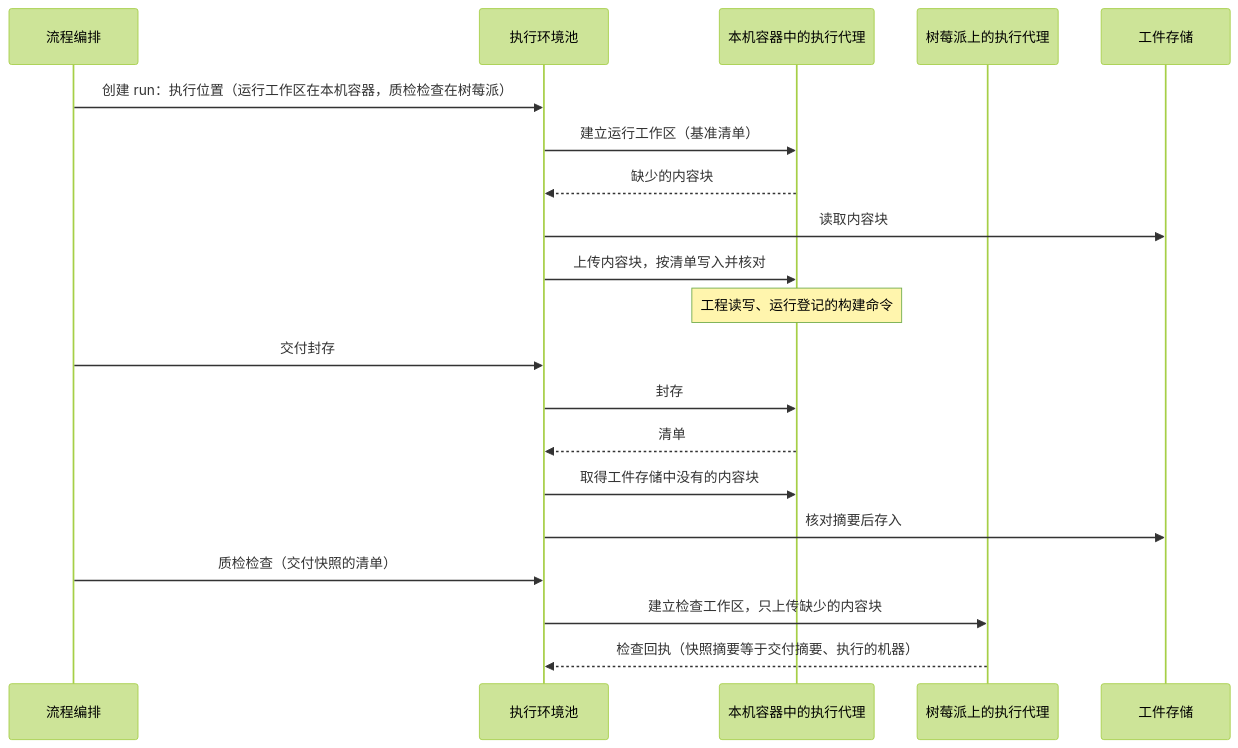
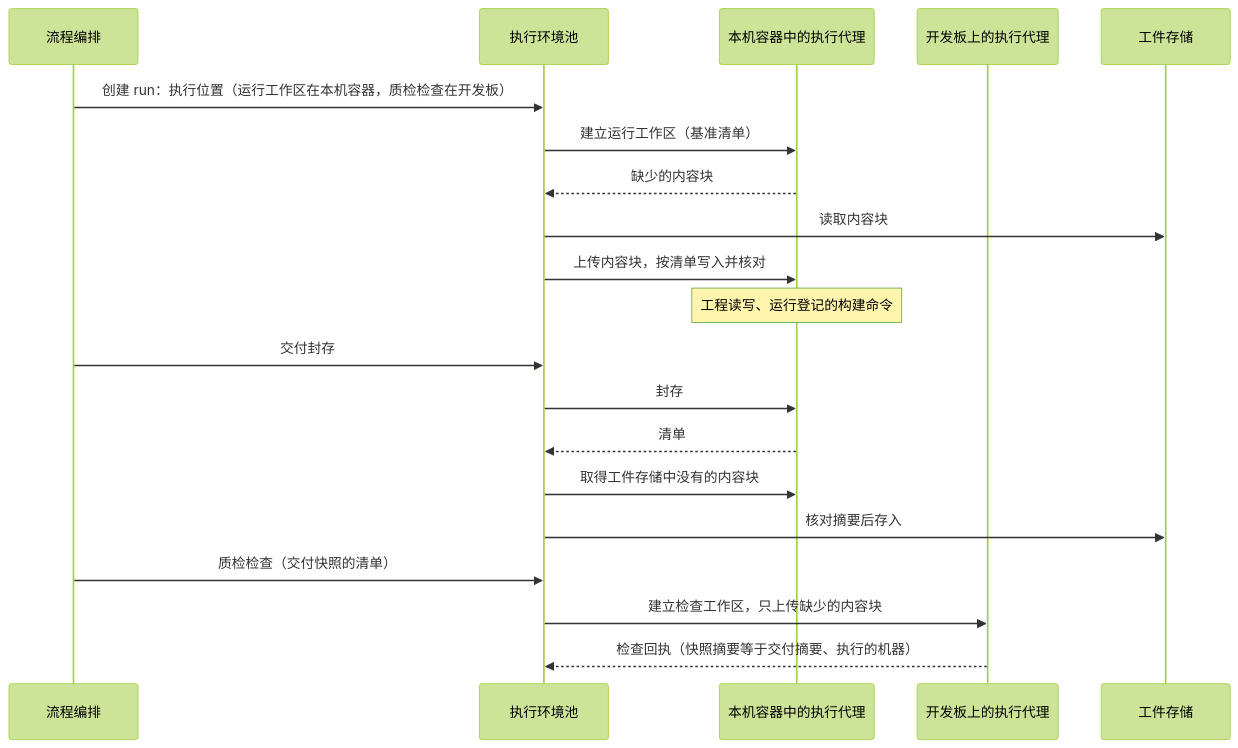
One commit to bender2333/yudao changed the fourth of 4 diagrams in docs/design/execution-environment.md. Above: the diagram before and after it, drawn with Mermaid (forest theme). The commit also changed other lines of this file and 18 other files, not shown here.

````diff
--- a/docs/design/execution-environment.md
+++ b/docs/design/execution-environment.md
@@ -375,22 +384,22 @@
 ```mermaid
 sequenceDiagram
   participant O as 流程编排
   participant P as 执行环境池
   participant K as 本机容器中的执行代理
-  participant R as 树莓派上的执行代理
+  participant R as 开发板上的执行代理
   participant Art as 工件存储
-  O->>P: 创建 run：执行位置（运行工作区在本机容器，质检检查在树莓派）
+  O->>P: 创建 run：执行位置（运行工作区在本机容器，质检检查在开发板）
   P->>K: 建立运行工作区（基准清单）
   K-->>P: 缺少的内容块
   P->>Art: 读取内容块
   P->>K: 上传内容块，按清单写入并核对
   Note over K: 工程读写、运行登记的构建命令
   O->>P: 交付封存
   P->>K: 封存
   K-->>P: 清单
   P->>K: 取得工件存储中没有的内容块
   P->>Art: 核对摘要后存入
   O->>P: 质检检查（交付快照的清单）
   P->>R: 建立检查工作区，只上传缺少的内容块
   R-->>P: 检查回执（快照摘要等于交付摘要、执行的机器）
 ```
````
